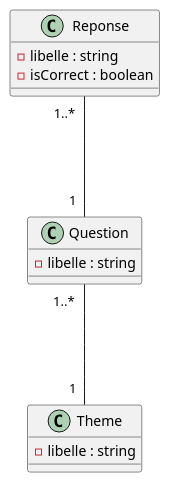
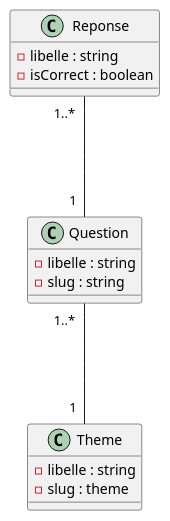
The diagram in doc/classDiagram.puml (TeoThabussot/quiz-back-end), drawn with PlantUML before and after one commit.

```diff
--- a/doc/classDiagram.puml
+++ b/doc/classDiagram.puml
@@ -1,20 +1,22 @@
 @startuml
 
 class Question {
     - libelle : string
+    - slug : string
 
 }
 
 class Reponse {
     - libelle : string
     - isCorrect : boolean
 }
 
 class Theme {
     - libelle : string
+    - slug : theme
 }
 
 Reponse  "  1..*  " --- "1  " Question
 Question "  1..*  " --- "1  " Theme
 
 @enduml
```
